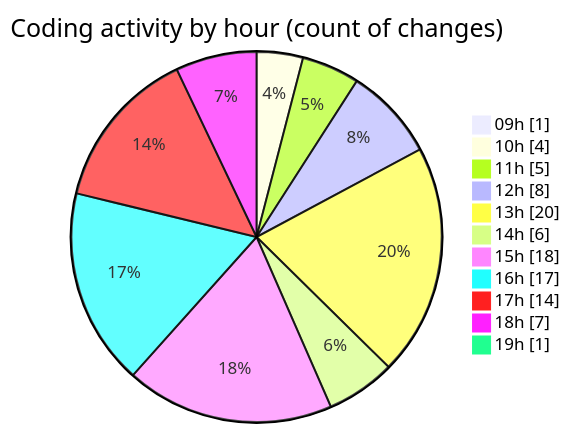
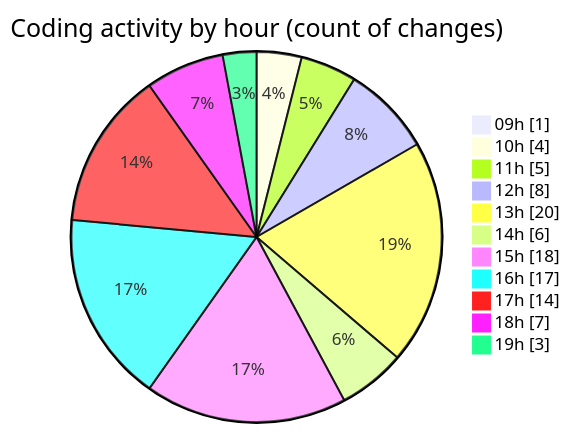
One commit to momahboobian/code-tracking changed the second of 2 diagrams in 2025-02-24/cda/README.md. Above: the diagram before and after it, drawn with Mermaid. The commit also changed other lines of this file and 1 other file, not shown here.

````diff
--- a/2025-02-24/cda/README.md
+++ b/2025-02-24/cda/README.md
@@ -47,15 +47,15 @@
 ```mermaid
 pie showData
 title Coding activity by hour (count of changes)
 "09h" : 1
 "10h" : 4
 "11h" : 5
 "12h" : 8
 "13h" : 20
 "14h" : 6
 "15h" : 18
 "16h" : 17
 "17h" : 14
 "18h" : 7
-"19h" : 1
+"19h" : 3
 ```
````
